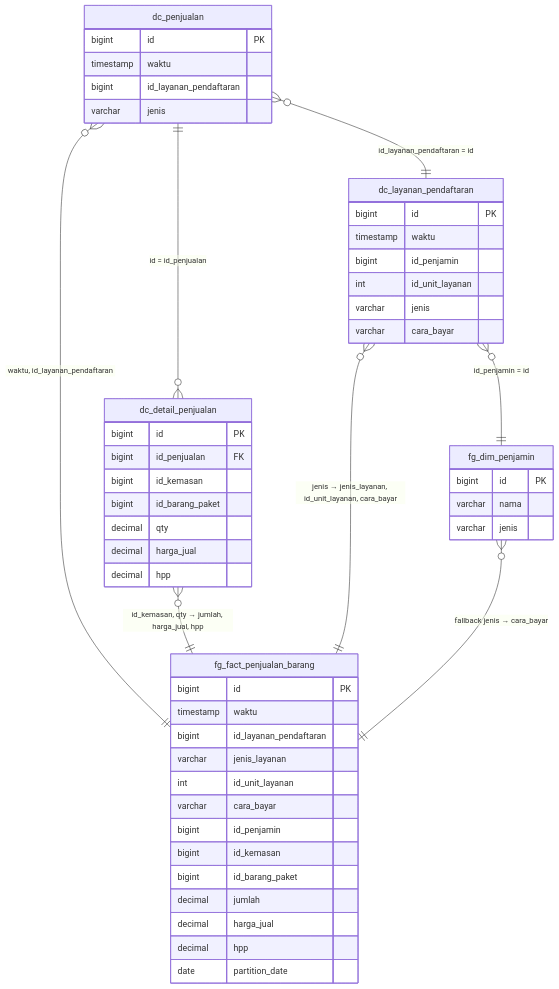
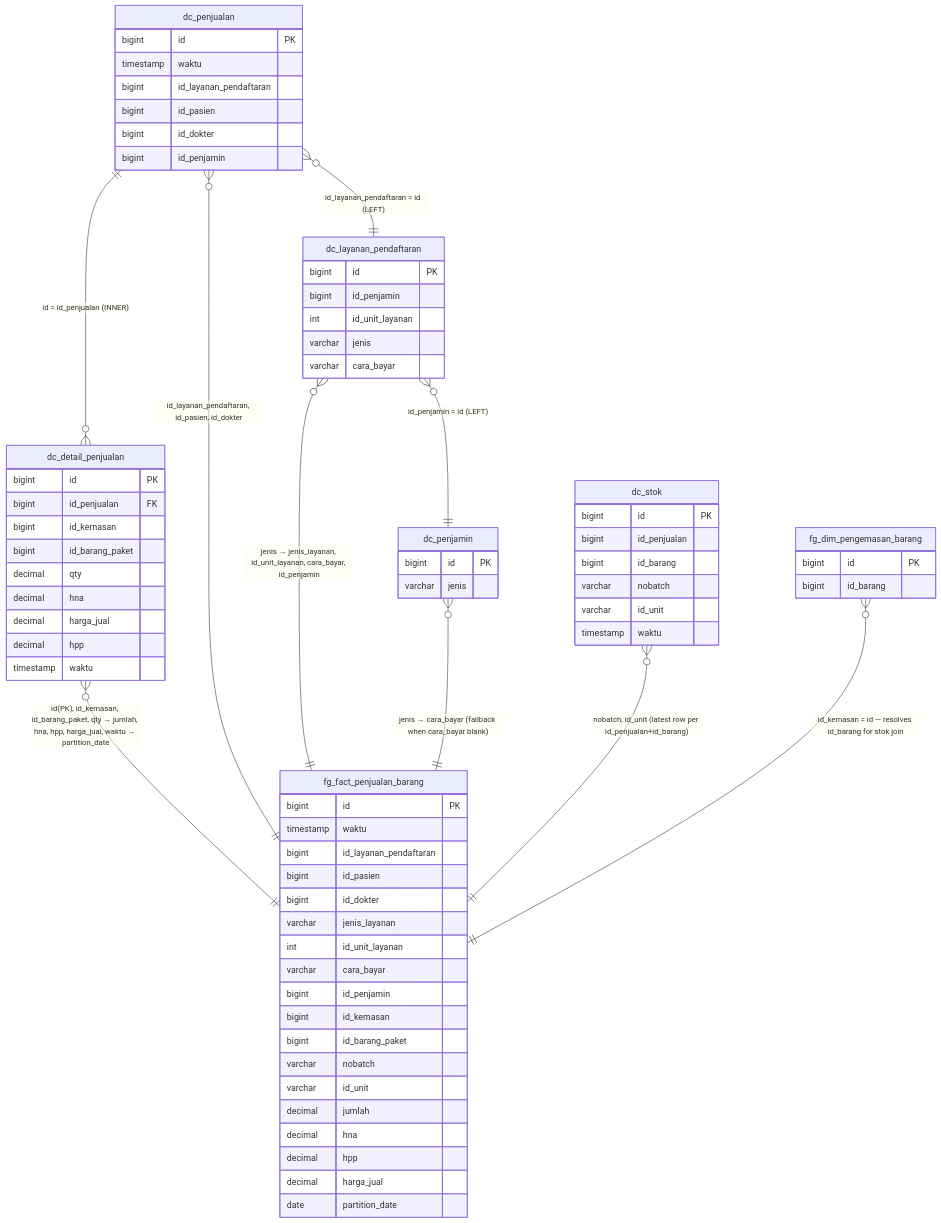
One commit to Akhmed2712/etl_pipeline changed the diagram in docs/fg_fact_penjualan_barang.mermaid. Above: the diagram before and after it, drawn with Mermaid. The commit also changed 58 other files, not shown here.

```diff
--- a/docs/fg_fact_penjualan_barang.mermaid
+++ b/docs/fg_fact_penjualan_barang.mermaid
@@ -1,75 +1,88 @@
 erDiagram
-
   %% ─── TARGET FACT TABLE ───────────────────────────────────────────────────
-
   fg_fact_penjualan_barang {
-    bigint    id                      PK
+    bigint    id                     PK
     timestamp waktu
     bigint    id_layanan_pendaftaran
+    bigint    id_pasien
+    bigint    id_dokter
     varchar   jenis_layanan
     int       id_unit_layanan
     varchar   cara_bayar
     bigint    id_penjamin
     bigint    id_kemasan
     bigint    id_barang_paket
+    varchar   nobatch
+    varchar   id_unit
     decimal   jumlah
+    decimal   hna
+    decimal   hpp
     decimal   harga_jual
-    decimal   hpp
     date      partition_date
   }
-
   %% ─── SOURCE TABLES ───────────────────────────────────────────────────────
-
   dc_penjualan {
-    bigint    id                      PK
+    bigint    id                     PK
     timestamp waktu
     bigint    id_layanan_pendaftaran
-    varchar   jenis
+    bigint    id_pasien
+    bigint    id_dokter
+    bigint    id_penjamin
   }
-
   dc_detail_penjualan {
-    bigint    id                      PK
-    bigint    id_penjualan            FK
+    bigint    id              PK
+    bigint    id_penjualan    FK
     bigint    id_kemasan
     bigint    id_barang_paket
     decimal   qty
+    decimal   hna
     decimal   harga_jual
     decimal   hpp
+    timestamp waktu
   }
-
   dc_layanan_pendaftaran {
-    bigint    id                      PK
-    timestamp waktu
+    bigint    id             PK
     bigint    id_penjamin
     int       id_unit_layanan
     varchar   jenis
     varchar   cara_bayar
   }
-
-  fg_dim_penjamin {
-    bigint    id                      PK
-    varchar   nama
+  dc_penjamin {
+    bigint    id    PK
     varchar   jenis
   }
-
+  dc_stok {
+    bigint    id            PK
+    bigint    id_penjualan
+    bigint    id_barang
+    varchar   nobatch
+    varchar   id_unit
+    timestamp waktu
+  }
+  fg_dim_pengemasan_barang {
+    bigint    id         PK
+    bigint    id_barang
+  }
   %% ─── SOURCE RELATIONSHIPS ────────────────────────────────────────────────
-
-  dc_penjualan ||--o{ dc_detail_penjualan     : "id = id_penjualan"
-  dc_penjualan }o--|| dc_layanan_pendaftaran  : "id_layanan_pendaftaran = id"
-  dc_layanan_pendaftaran }o--|| fg_dim_penjamin : "id_penjamin = id"
-
+  dc_penjualan ||--o{ dc_detail_penjualan    : "id = id_penjualan (INNER)"
+  dc_penjualan }o--|| dc_layanan_pendaftaran : "id_layanan_pendaftaran = id (LEFT)"
+  dc_layanan_pendaftaran }o--|| dc_penjamin  : "id_penjamin = id (LEFT)"
   %% ─── ETL LINEAGE TO FACT TABLE ───────────────────────────────────────────
-
-  dc_penjualan }o--|| fg_fact_penjualan_barang : "waktu, id_layanan_pendaftaran"
-  dc_detail_penjualan }o--|| fg_fact_penjualan_barang : "id_kemasan, qty → jumlah, harga_jual, hpp"
-  dc_layanan_pendaftaran }o--|| fg_fact_penjualan_barang : "jenis → jenis_layanan, id_unit_layanan, cara_bayar"
-  fg_dim_penjamin }o--|| fg_fact_penjualan_barang : "fallback jenis → cara_bayar"
-
+  dc_detail_penjualan    }o--|| fg_fact_penjualan_barang : "id(PK), id_kemasan, id_barang_paket, qty → jumlah, hna, hpp, harga_jual, waktu → partition_date"
+  dc_penjualan           }o--|| fg_fact_penjualan_barang : "id_layanan_pendaftaran, id_pasien, id_dokter"
+  dc_layanan_pendaftaran }o--|| fg_fact_penjualan_barang : "jenis → jenis_layanan, id_unit_layanan, cara_bayar, id_penjamin"
+  dc_penjamin            }o--|| fg_fact_penjualan_barang : "jenis → cara_bayar (fallback when cara_bayar blank)"
+  dc_stok                }o--|| fg_fact_penjualan_barang : "nobatch, id_unit (latest row per id_penjualan+id_barang)"
+  fg_dim_pengemasan_barang }o--|| fg_fact_penjualan_barang : "id_kemasan = id — resolves id_barang for stok join"
   %% ─── TRANSFORMATION NOTES ────────────────────────────────────────────────
-
-  %% qty                  → jumlah
-  %% jenis                → jenis_layanan
-  %% substring(waktu,1,10) → partition_date
-  %% cara_bayar fallback:
-  %%   if dc_layanan_pendaftaran.cara_bayar is null/blank
-  %%   then use fg_dim_penjamin.jenis
+  %% Source grain       = dc_detail_penjualan
+  %% filter             = substring(waktu,1,10) < current_month_start (both dc_penjualan and dc_detail_penjualan)
+  %% qty                → jumlah
+  %% jenis              → jenis_layanan
+  %% partition_date     = substring(dc_detail_penjualan.waktu, 1, 10)
+  %% cara_bayar logic   = WHEN LOWER(cara_bayar) IS NOT NULL AND TRIM(cara_bayar) != ''
+  %%                      THEN dc_layanan_pendaftaran.cara_bayar
+  %%                      ELSE dc_penjamin.jenis
+  %% dc_stok join       = LEFT JOIN on (id_penjualan, id_barang) with
+  %%                      ROW_NUMBER() OVER (PARTITION BY id_penjualan, id_barang ORDER BY id DESC) = 1
+  %% nobatch            = WHEN TRIM(COALESCE(nobatch,''))='' THEN 'nobatch kosong' ELSE nobatch
```
